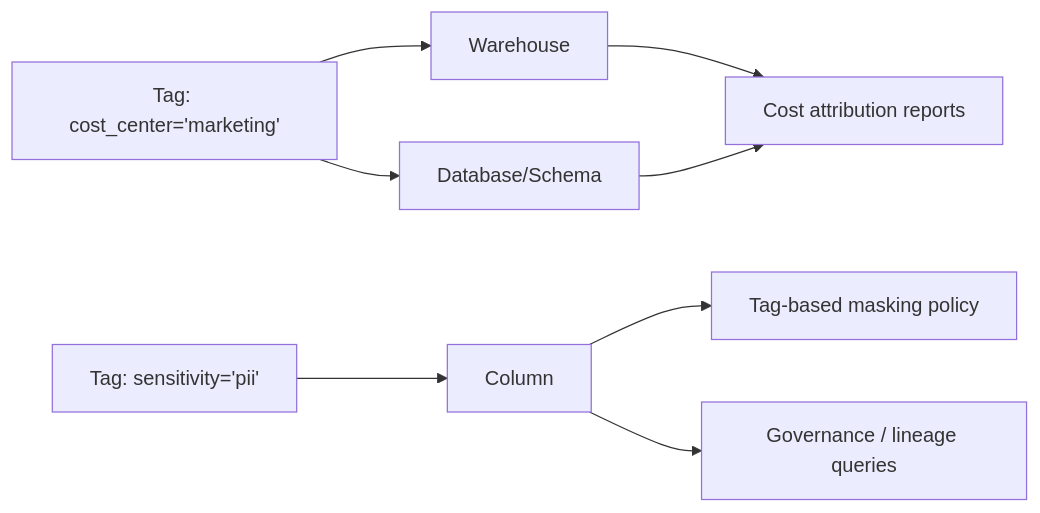
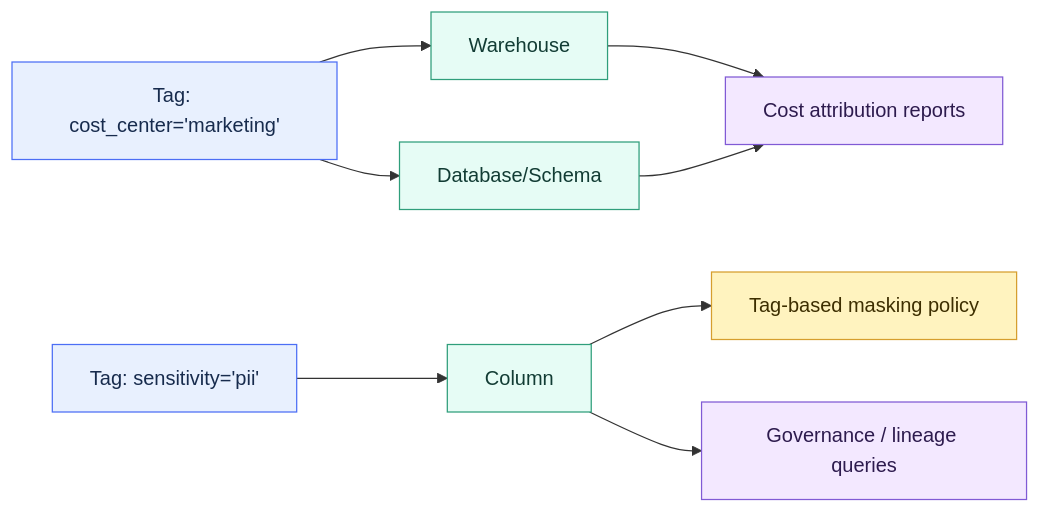
The diagram in 01 Snowflake/03 Security and Governance/18 Object Tagging.md (shonningsoy/Upskill), drawn with Mermaid before and after one commit. The commit also changed other lines of this file and 7 other files, not shown here.

````diff
--- a/01 Snowflake/03 Security and Governance/18 Object Tagging.md
+++ b/01 Snowflake/03 Security and Governance/18 Object Tagging.md
@@ -63,10 +65,21 @@
 ```mermaid
 flowchart LR
     A[Tag: cost_center='marketing'] --> B[Warehouse]
     A --> C[Database/Schema]
     D[Tag: sensitivity='pii'] --> E[Column]
     E --> F[Tag-based masking policy]
     B --> G[Cost attribution reports]
     C --> G
     E --> H[Governance / lineage queries]
+
+    classDef input fill:#E8F0FE,stroke:#4C6EF5,color:#172B4D
+    classDef control fill:#FFF3BF,stroke:#D69E2E,color:#3D2E00
+    classDef snowflake fill:#E6FCF5,stroke:#2F9E7B,color:#123C34
+    classDef platform fill:#F1F3F5,stroke:#868E96,color:#212529
+    classDef output fill:#F3E8FF,stroke:#805AD5,color:#2D1B4E
+
+    class A,D input
+    class B,C,E snowflake
+    class F control
+    class G,H output
 ```
````
